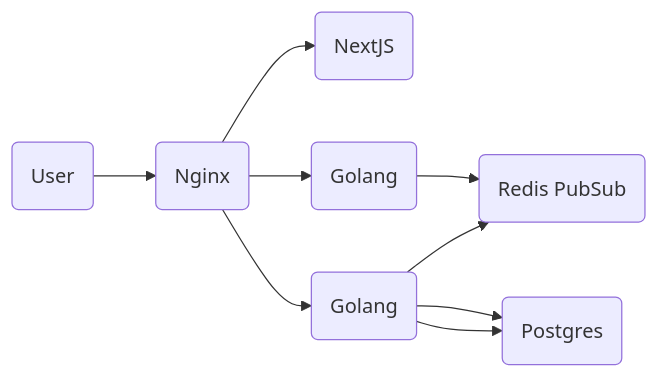
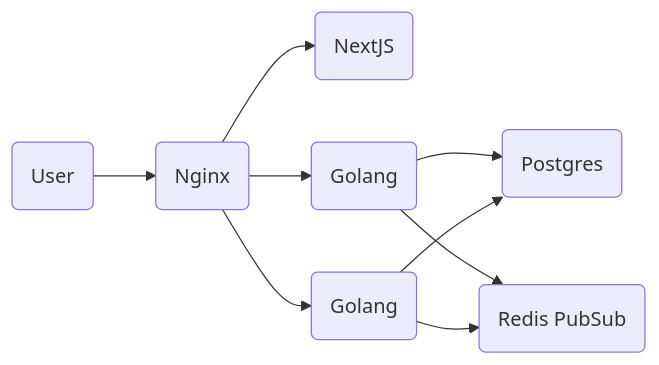
One commit to Dmitry-Ship/go-chat changed the diagram in README.md. Above: the diagram before and after it, drawn with Mermaid.

````diff
--- a/README.md
+++ b/README.md
@@ -19,11 +19,11 @@
 ```mermaid
 graph LR
     A(User) --> B(Nginx)
     B --> C(NextJS)
     B --> D(Golang)
     B --> E(Golang)
-    E --> F(Postgres)
+    D --> F(Postgres)
     E --> F
     D --> G(Redis PubSub)
     E --> G
 ```
````
